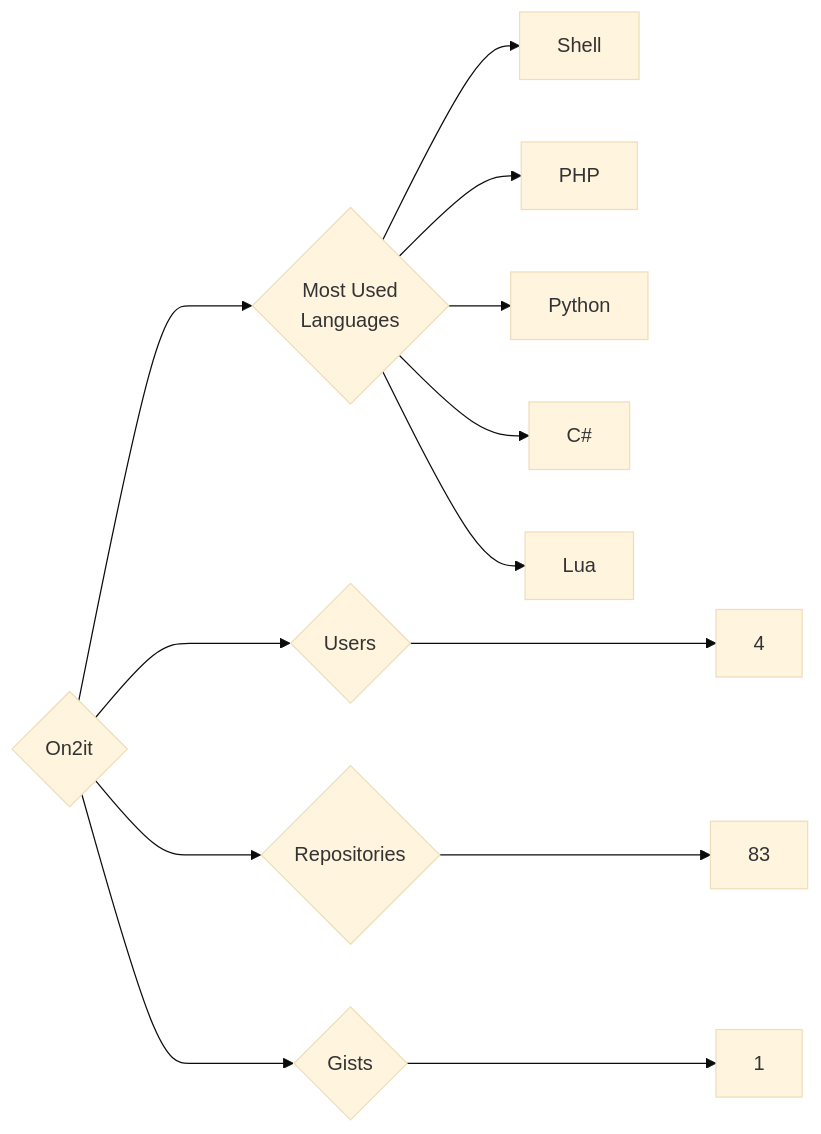
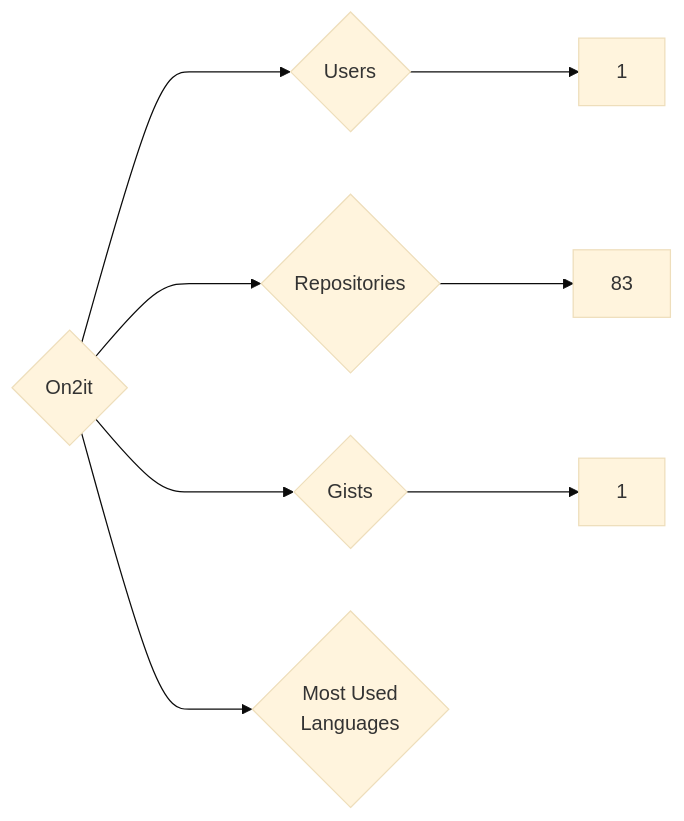
Before and after one commit to trickest/insiders: the diagram in targets/On2it/README.md, drawn with Mermaid (base theme). The commit also changed 976 other files, not shown here.

````diff
--- a/targets/On2it/README.md
+++ b/targets/On2it/README.md
@@ -3,13 +3,8 @@
 ```mermaid
 graph LR
 COMPANY_NAME{On2it}
-COMPANY_NAME ---> U{Users} ---> UN[4]
+COMPANY_NAME ---> U{Users} ---> UN[1]
 COMPANY_NAME ---> R{Repositories} ---> RN[83]
 COMPANY_NAME ---> G{Gists} ---> GN[1]
 COMPANY_NAME ---> ML{Most Used<br>Languages}
-ML --> Shell[Shell]
-ML --> PHP[PHP]
-ML --> Python[Python]
-ML --> C#[C#]
-ML --> Lua[Lua]
 ```
````
